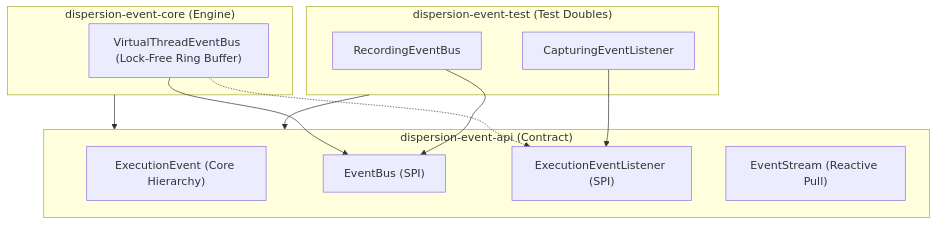
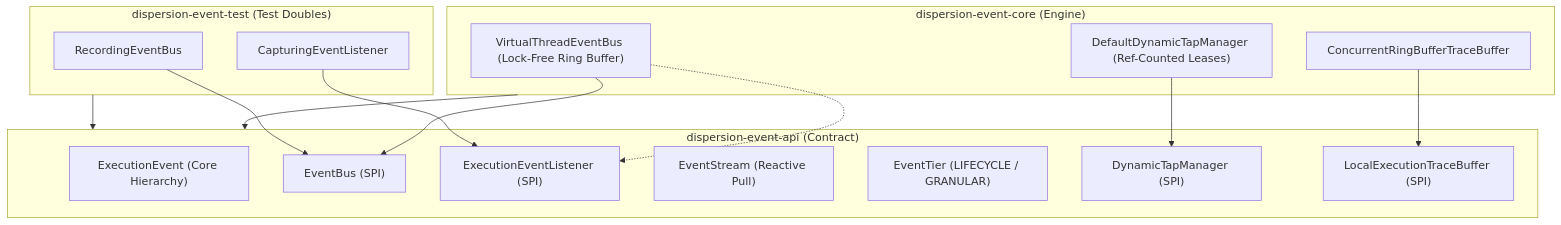
One commit to f442y/dispersion changed the diagram in event/README.md. Above: the diagram before and after it, drawn with Mermaid. The commit also changed other lines of this file and 74 other files, not shown here.

Commit message:
feat: tiered telemetry, dynamic tap manager, Jakarta REST server, Spring Boot 4 demo & docs overhaul

````diff
--- a/event/README.md
+++ b/event/README.md
@@ -11,25 +11,32 @@
 ```mermaid
 graph TD
     subgraph API["dispersion-event-api (Contract)"]
         EE["ExecutionEvent (Core Hierarchy)"]
         EB["EventBus (SPI)"]
         EEL["ExecutionEventListener (SPI)"]
         ES["EventStream (Reactive Pull)"]
+        ET["EventTier (LIFECYCLE / GRANULAR)"]
+        DTM["DynamicTapManager (SPI)"]
+        TB["LocalExecutionTraceBuffer (SPI)"]
     end
 
     subgraph Core["dispersion-event-core (Engine)"]
         VTEB["VirtualThreadEventBus (Lock-Free Ring Buffer)"]
+        DDTM["DefaultDynamicTapManager (Ref-Counted Leases)"]
+        CRB["ConcurrentRingBufferTraceBuffer"]
         VTEB --> EB
         VTEB -.-> EEL
+        DDTM --> DTM
+        CRB --> TB
     end
 
     subgraph Test["dispersion-event-test (Test Doubles)"]
         REB["RecordingEventBus"]
         CEL["CapturingEventListener"]
         REB --> EB
         CEL --> EEL
     end
 
     Core --> API
     Test --> API
 ```
````
